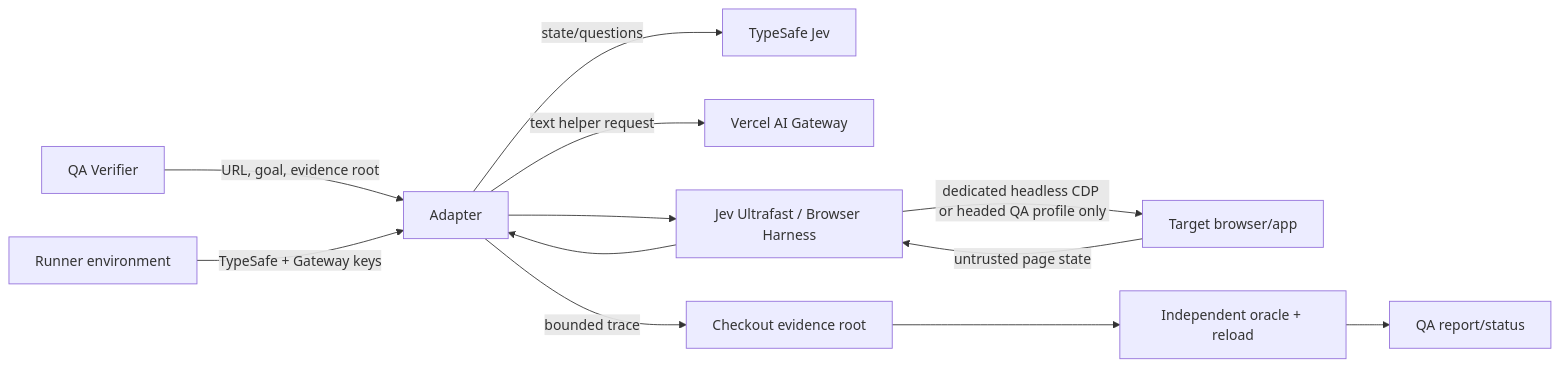
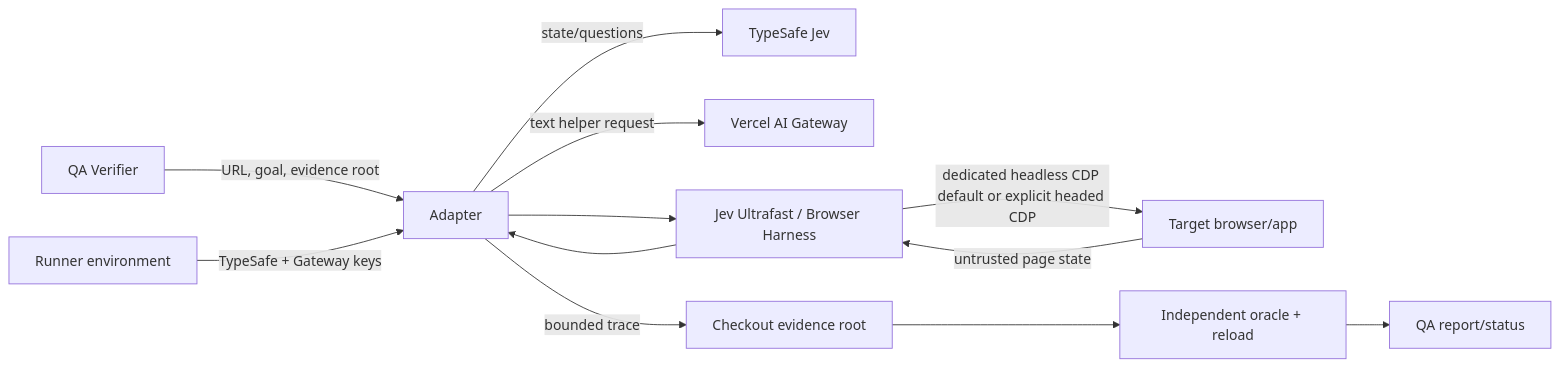
The diagram in .specs/features/optional-jev-qa-adapter/threat-model.md (antoniofulg/workflow-toolkit), drawn with Mermaid before and after one commit. The commit also changed other lines of this file and 9 other files, not shown here.

````diff
--- a/.specs/features/optional-jev-qa-adapter/threat-model.md
+++ b/.specs/features/optional-jev-qa-adapter/threat-model.md
@@ -15,14 +15,14 @@
 ```mermaid
 flowchart LR
     V[QA Verifier] -->|URL, goal, evidence root| A[Adapter]
     E[Runner environment] -->|TypeSafe + Gateway keys| A
     A -->|state/questions| T[TypeSafe Jev]
     A -->|text helper request| G[Vercel AI Gateway]
     A --> H[Jev Ultrafast / Browser Harness]
-    H -->|dedicated headless CDP or headed QA profile only| B[Target browser/app]
+    H -->|dedicated headless CDP default or explicit headed CDP| B[Target browser/app]
     B -->|untrusted page state| H
     H --> A
     A -->|bounded trace| F[Checkout evidence root]
     F --> O[Independent oracle + reload]
     O --> R[QA report/status]
 ```
````
